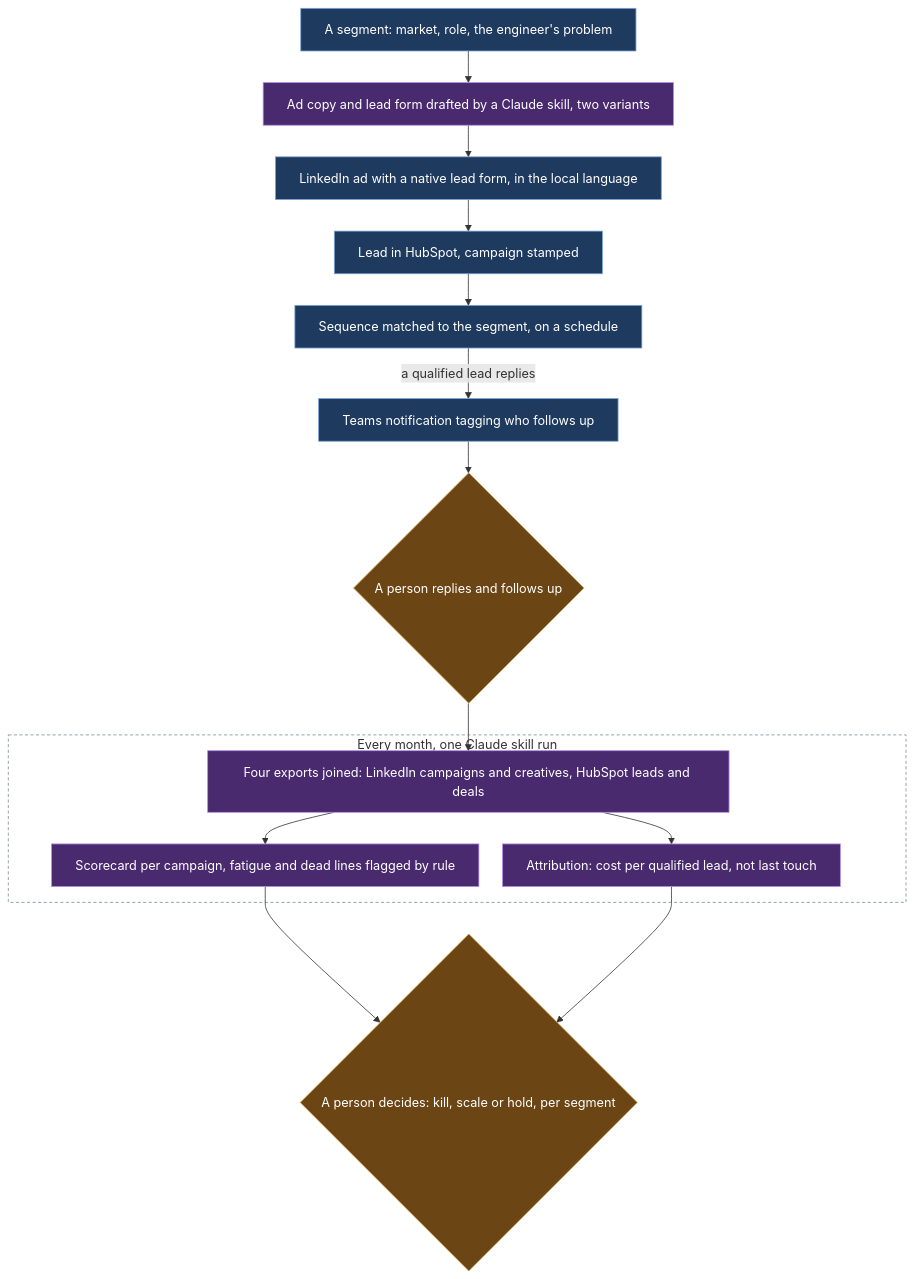
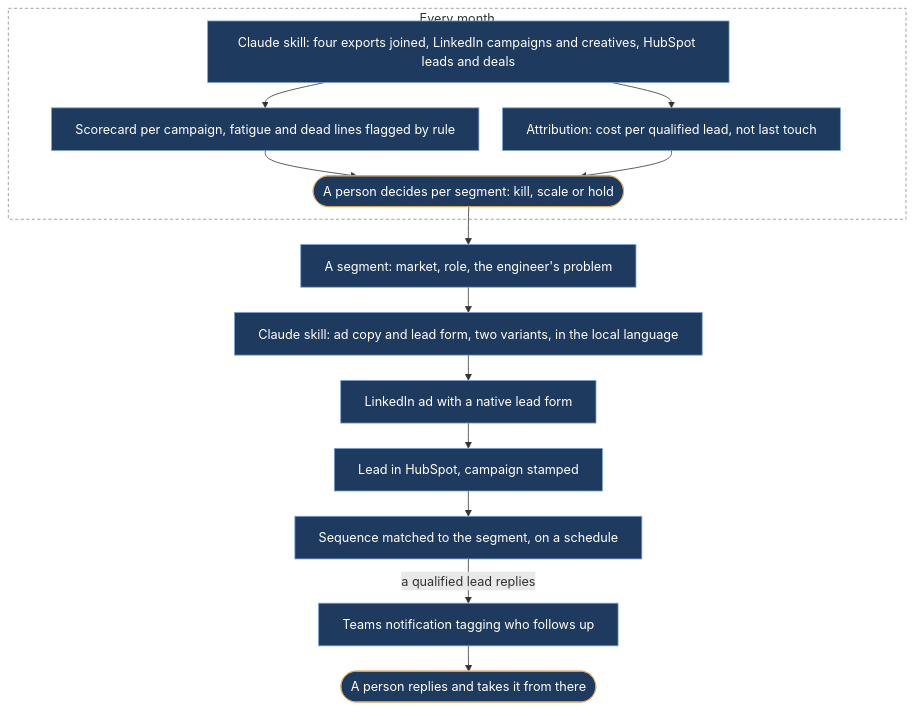
The diagram in evidence/case-studies/02-paid-media-that-ends-in-a-human-follow-up.md (nunomnferreirapt/ai-operated-growth-engine), drawn with Mermaid before and after one commit. The commit also changed other lines of this file, not shown here.

Commit message:
Chapter 2 diagram: monthly block first, no color code, rounded boxes for a person, labels name the Claude skills
Claude-Session: https://claude.ai/code/session_013vAMTruojjzTuNGSxvVixS

````diff
--- a/evidence/case-studies/02-paid-media-that-ends-in-a-human-follow-up.md
+++ b/evidence/case-studies/02-paid-media-that-ends-in-a-human-follow-up.md
@@ -11,22 +11,20 @@
 ```mermaid
-%%{init: {"flowchart": {"wrappingWidth": 600, "nodeSpacing": 30, "rankSpacing": 40}}}%%
+%%{init: {"flowchart": {"wrappingWidth": 600, "nodeSpacing": 30, "rankSpacing": 32}}}%%
 flowchart TB
-    SEG["A segment: market, role, the engineer's problem"]:::sys --> CR["Ad copy and lead form drafted by a Claude skill, two variants"]:::ai
-    CR --> AD["LinkedIn ad with a native lead form, in the local language"]:::sys
-    AD --> HS["Lead in HubSpot, campaign stamped"]:::sys
-    HS --> SQ["Sequence matched to the segment, on a schedule"]:::sys
-    SQ -- "a qualified lead replies" --> TT["Teams notification tagging who follows up"]:::sys
-    TT --> P{"A person replies and follows up"}:::human
-    P --> SC
-    subgraph M["Every month, one Claude skill run"]
-        SC["Four exports joined: LinkedIn campaigns and creatives, HubSpot leads and deals"]:::ai --> FA["Scorecard per campaign, fatigue and dead lines flagged by rule"]:::ai
-        SC --> AJ["Attribution: cost per qualified lead, not last touch"]:::ai
+    subgraph M["Every month"]
+        SC["Claude skill: four exports joined, LinkedIn campaigns and creatives, HubSpot leads and deals"]:::box --> FA["Scorecard per campaign, fatigue and dead lines flagged by rule"]:::box
+        SC --> AJ["Attribution: cost per qualified lead, not last touch"]:::box
+        FA --> B(["A person decides per segment: kill, scale or hold"]):::person
+        AJ --> B
     end
-    FA --> B{"A person decides: kill, scale or hold, per segment"}:::human
-    AJ --> B
-    classDef sys fill:#1f3a5f,stroke:#7aa2d8,color:#ffffff
-    classDef ai fill:#4a2a6e,stroke:#b58ee6,color:#ffffff
-    classDef human fill:#6b4514,stroke:#e0a95a,color:#ffffff
-    classDef out fill:#1e4d3a,stroke:#6fcf97,color:#ffffff
+    B --> SEG["A segment: market, role, the engineer's problem"]:::box
+    SEG --> CR["Claude skill: ad copy and lead form, two variants, in the local language"]:::box
+    CR --> AD["LinkedIn ad with a native lead form"]:::box
+    AD --> HS["Lead in HubSpot, campaign stamped"]:::box
+    HS --> SQ["Sequence matched to the segment, on a schedule"]:::box
+    SQ -- "a qualified lead replies" --> TT["Teams notification tagging who follows up"]:::box
+    TT --> P(["A person replies and takes it from there"]):::person
+    classDef box fill:#1f3a5f,stroke:#7aa2d8,color:#ffffff
+    classDef person fill:#1f3a5f,stroke:#e0a95a,color:#ffffff
     style M fill:transparent,stroke:#7f8c9a,stroke-dasharray:4 3
 ```
````
